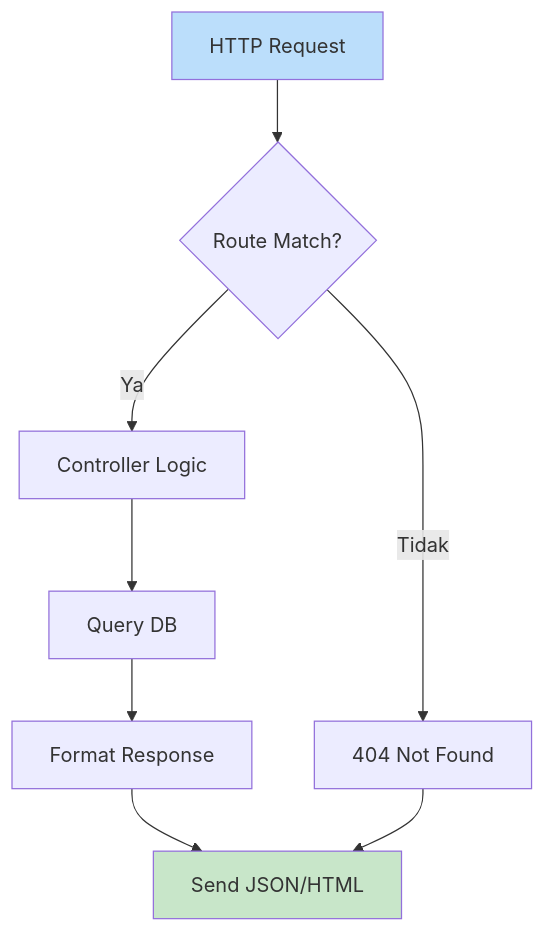
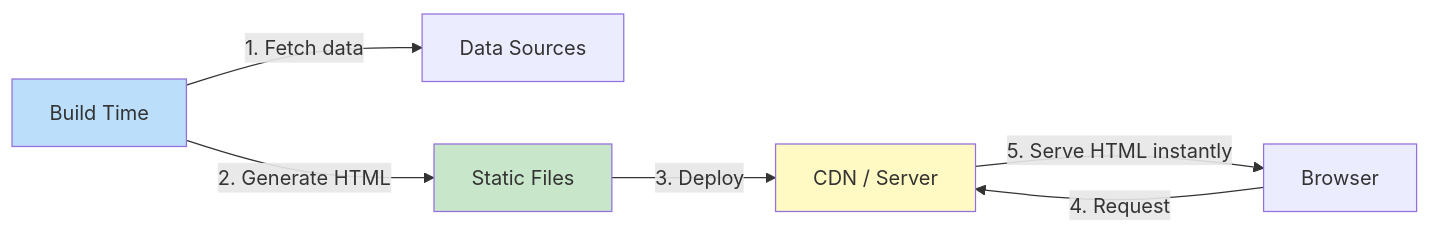
Before and after one commit to ant-joshua/rpl-ai-curriculum: the third of 4 diagrams in 36-web-architecture/03-frontend-vs-backend.md, drawn with Mermaid. The commit also changed other lines of this file and 80 other files, not shown here.

````diff
--- a/36-web-architecture/03-frontend-vs-backend.md
+++ b/36-web-architecture/03-frontend-vs-backend.md
@@ -100,12 +178,11 @@
 ```mermaid
-graph TD
-    A[HTTP Request] --> B{Route Match?}
-    B -->|Ya| C[Controller Logic]
-    B -->|Tidak| D[404 Not Found]
-    C --> E[Query DB]
-    E --> F[Format Response]
-    F --> G[Send JSON/HTML]
-    D --> G
+graph LR
+    A[Build Time] -->|1. Fetch data| B[Data Sources]
+    A -->|2. Generate HTML| C[Static Files]
+    C -->|3. Deploy| D[CDN / Server]
+    E[Browser] -->|4. Request| D
+    D -->|5. Serve HTML instantly| E
     style A fill:#bbdefb
-    style G fill:#c8e6c9
+    style C fill:#c8e6c9
+    style D fill:#fff9c4
 ```
````
